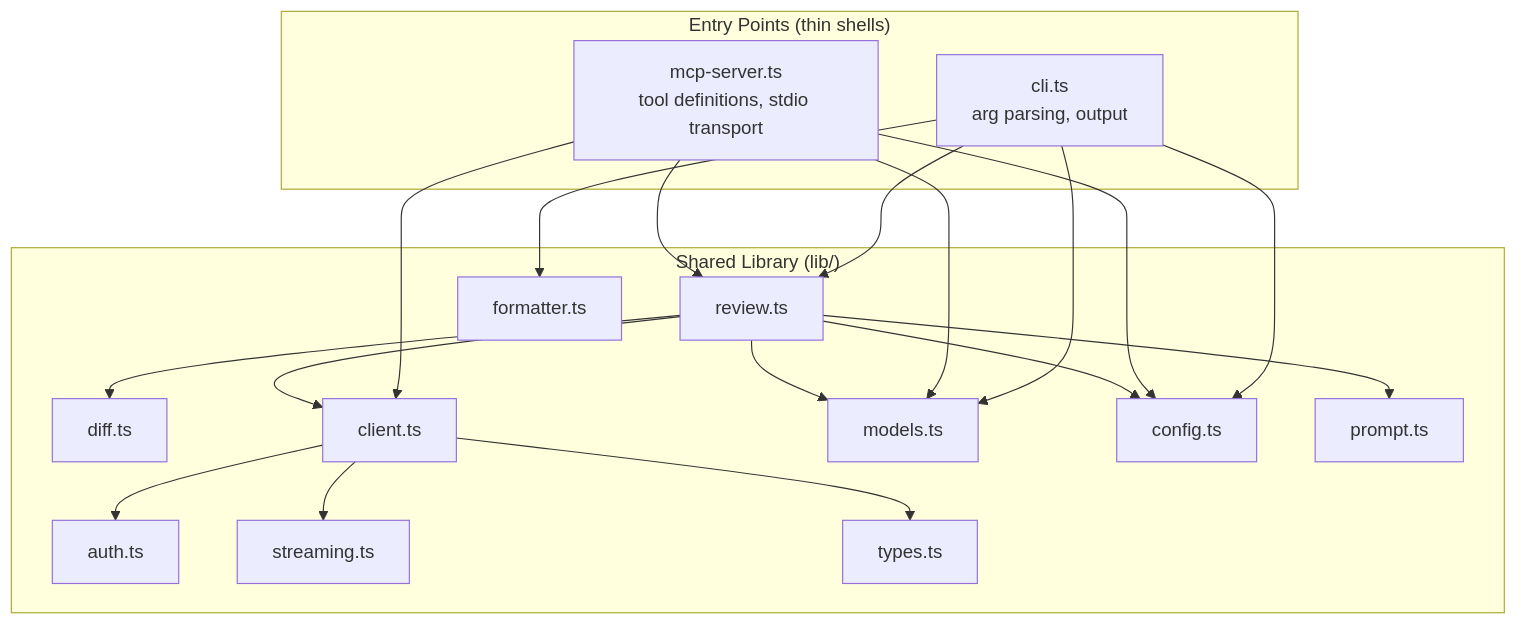
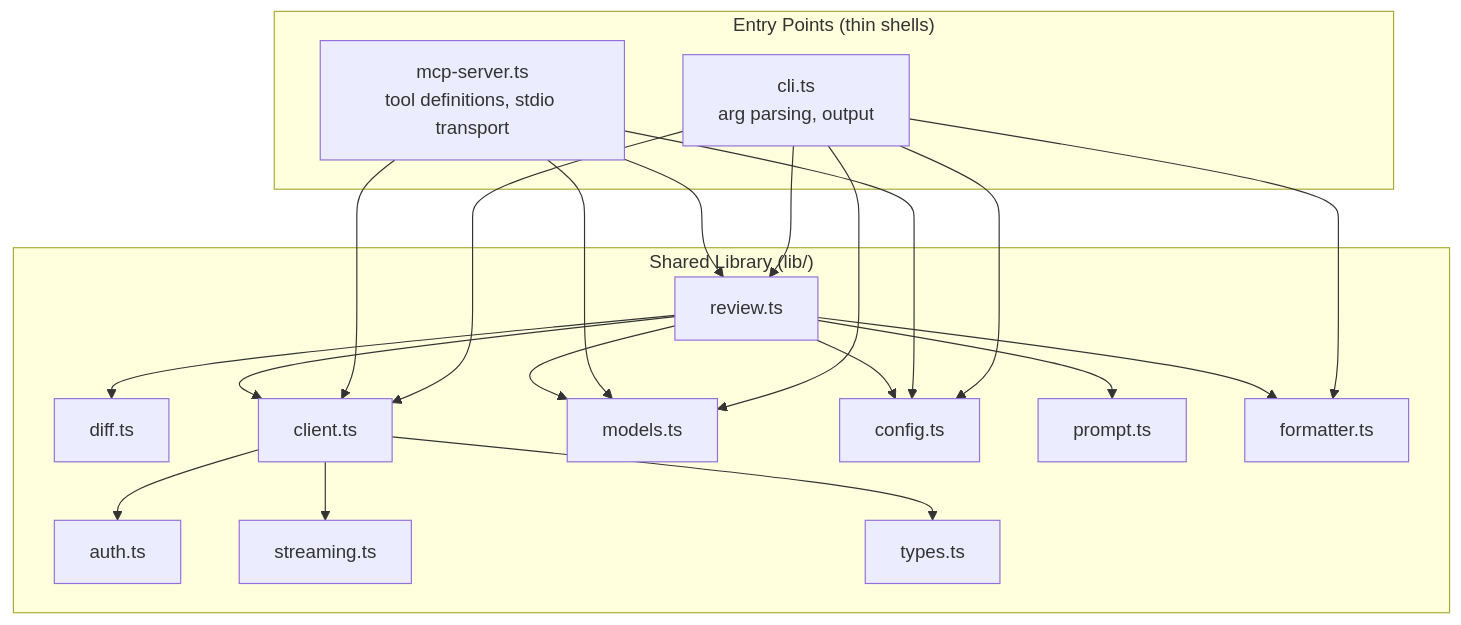
Before and after one commit to asheshv/copilot-reviewer: the first of 2 diagrams in docs/spec/01-architecture.md, drawn with Mermaid. The commit also changed other lines of this file and 12 other files, not shown here.

````diff
--- a/docs/spec/01-architecture.md
+++ b/docs/spec/01-architecture.md
@@ -54,38 +54,40 @@
 ```mermaid
 graph TB
     subgraph "Entry Points (thin shells)"
         CLI["cli.ts<br/>arg parsing, output"]
         MCP["mcp-server.ts<br/>tool definitions, stdio transport"]
     end
 
     subgraph "Shared Library (lib/)"
         AUTH["auth.ts"]
         DIFF["diff.ts"]
         CLIENT["client.ts"]
         MODELS["models.ts"]
         REVIEW["review.ts"]
         CONFIG["config.ts"]
         PROMPT["prompt.ts"]
         FMT["formatter.ts"]
         STREAM["streaming.ts"]
         TYPES["types.ts"]
     end
 
     CLI --> CONFIG
     CLI --> REVIEW
     CLI --> MODELS
+    CLI --> CLIENT
     CLI --> FMT
     MCP --> CONFIG
     MCP --> REVIEW
     MCP --> MODELS
     MCP --> CLIENT
 
     REVIEW --> DIFF
     REVIEW --> CLIENT
     REVIEW --> CONFIG
     REVIEW --> PROMPT
     REVIEW --> MODELS
+    REVIEW --> FMT
     CLIENT --> AUTH
     CLIENT --> STREAM
     CLIENT --> TYPES
 ```
````
